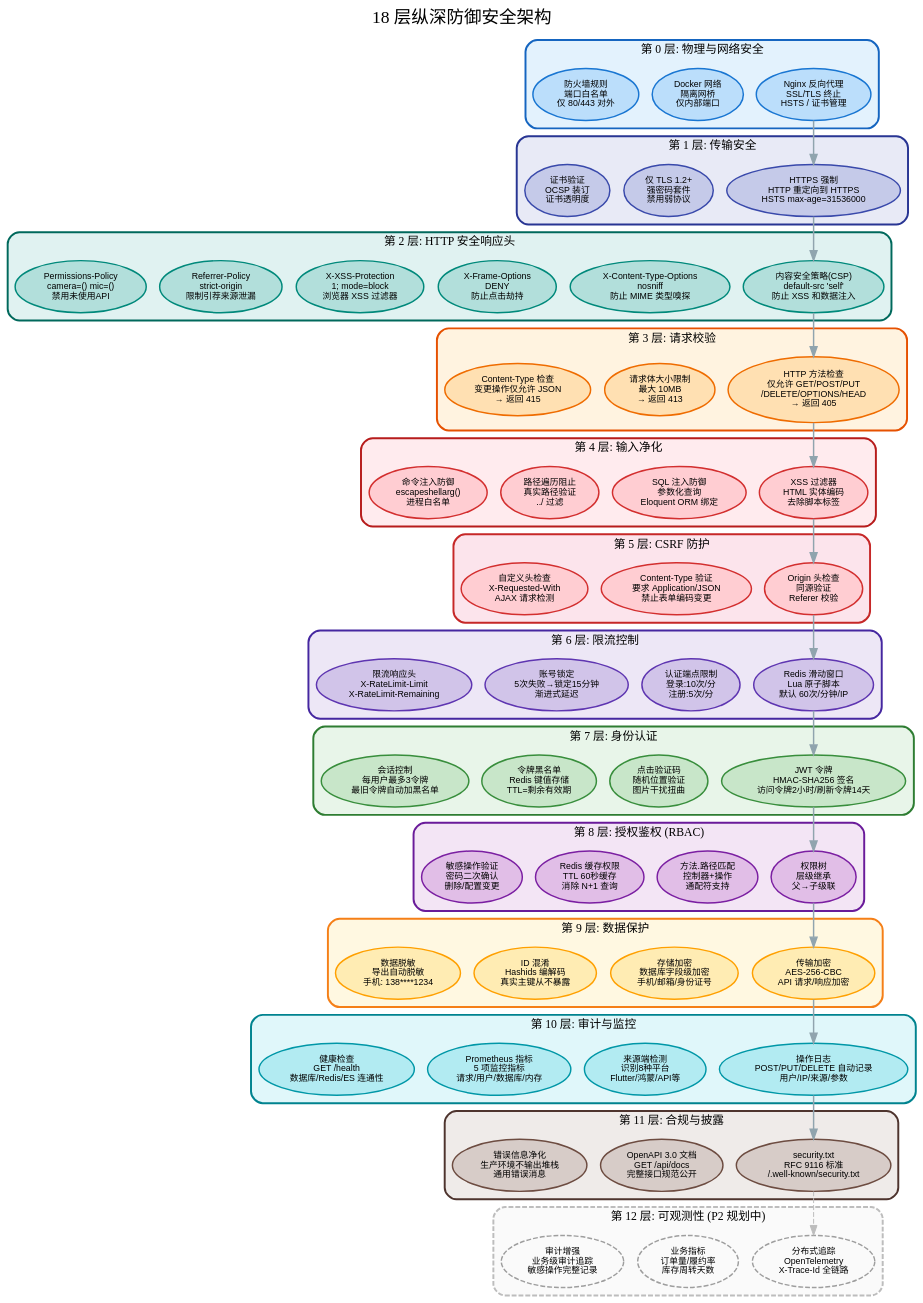
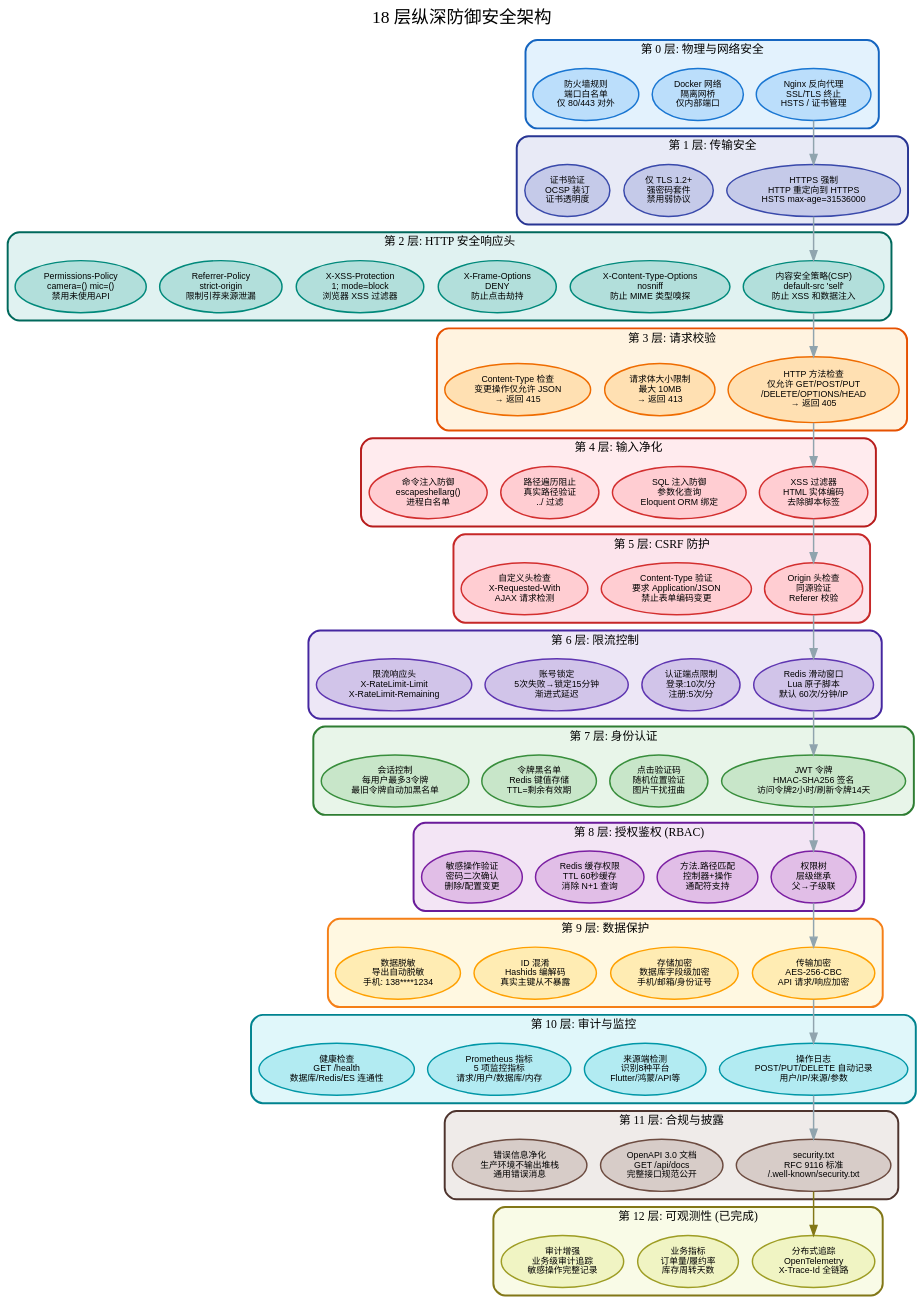
One commit to erikwang2013/erp-php changed the diagram in docs/diagrams/security-architecture-cn.dot. Above: the diagram before and after it, drawn with Graphviz. The commit also changed 88 other files, not shown here.

```diff
--- a/docs/diagrams/security-architecture-cn.dot
+++ b/docs/diagrams/security-architecture-cn.dot
@@ -1,156 +1,156 @@
 digraph SecurityArchitectureCN {
     rankdir=TB;
     fontname="Arial";
     fontsize=14;
     bgcolor="transparent";
     nodesep=0.2;
     ranksep=0.3;
     compound=true;
 
     node [fontname="Arial", fontsize=9, style="filled,rounded", penwidth=1.5];
 
     label="18 层纵深防御安全架构";
     fontsize=18;
     fontname="Arial Bold";
     labelloc="t";
 
     subgraph cluster_L0 {
         label="第 0 层: 物理与网络安全";
         fontsize=12; fontname="Arial Bold";
         style="filled,rounded"; fillcolor="#e3f2fd"; color="#1565c0"; penwidth=2;
         L0a [label="Nginx 反向代理\nSSL/TLS 终止\nHSTS / 证书管理", fillcolor="#bbdefb", color="#1976d2"];
         L0b [label="Docker 网络\n隔离网桥\n仅内部端口", fillcolor="#bbdefb", color="#1976d2"];
         L0c [label="防火墙规则\n端口白名单\n仅 80/443 对外", fillcolor="#bbdefb", color="#1976d2"];
     }
 
     subgraph cluster_L1 {
         label="第 1 层: 传输安全";
         fontsize=12; fontname="Arial Bold";
         style="filled,rounded"; fillcolor="#e8eaf6"; color="#283593"; penwidth=2;
         L1a [label="HTTPS 强制\nHTTP 重定向到 HTTPS\nHSTS max-age=31536000", fillcolor="#c5cae9", color="#3949ab"];
         L1b [label="仅 TLS 1.2+\n强密码套件\n禁用弱协议", fillcolor="#c5cae9", color="#3949ab"];
         L1c [label="证书验证\nOCSP 装订\n证书透明度", fillcolor="#c5cae9", color="#3949ab"];
     }
 
     subgraph cluster_L2 {
         label="第 2 层: HTTP 安全响应头";
         fontsize=12; fontname="Arial Bold";
         style="filled,rounded"; fillcolor="#e0f2f1"; color="#00695c"; penwidth=2;
         L2a [label="内容安全策略(CSP)\ndefault-src 'self'\n防止 XSS 和数据注入", fillcolor="#b2dfdb", color="#00897b"];
         L2b [label="X-Content-Type-Options\nnosniff\n防止 MIME 类型嗅探", fillcolor="#b2dfdb", color="#00897b"];
         L2c [label="X-Frame-Options\nDENY\n防止点击劫持", fillcolor="#b2dfdb", color="#00897b"];
         L2d [label="X-XSS-Protection\n1; mode=block\n浏览器 XSS 过滤器", fillcolor="#b2dfdb", color="#00897b"];
         L2e [label="Referrer-Policy\nstrict-origin\n限制引荐来源泄漏", fillcolor="#b2dfdb", color="#00897b"];
         L2f [label="Permissions-Policy\ncamera=() mic=()\n禁用未使用API", fillcolor="#b2dfdb", color="#00897b"];
     }
 
     subgraph cluster_L3 {
         label="第 3 层: 请求校验";
         fontsize=12; fontname="Arial Bold";
         style="filled,rounded"; fillcolor="#fff3e0"; color="#e65100"; penwidth=2;
         L3a [label="HTTP 方法检查\n仅允许 GET/POST/PUT\n/DELETE/OPTIONS/HEAD\n→ 返回 405", fillcolor="#ffe0b2", color="#ef6c00"];
         L3b [label="请求体大小限制\n最大 10MB\n→ 返回 413", fillcolor="#ffe0b2", color="#ef6c00"];
         L3c [label="Content-Type 检查\n变更操作仅允许 JSON\n→ 返回 415", fillcolor="#ffe0b2", color="#ef6c00"];
     }
 
     subgraph cluster_L4 {
         label="第 4 层: 输入净化";
         fontsize=12; fontname="Arial Bold";
         style="filled,rounded"; fillcolor="#ffebee"; color="#b71c1c"; penwidth=2;
         L4a [label="XSS 过滤器\nHTML 实体编码\n去除脚本标签", fillcolor="#ffcdd2", color="#d32f2f"];
         L4b [label="SQL 注入防御\n参数化查询\nEloquent ORM 绑定", fillcolor="#ffcdd2", color="#d32f2f"];
         L4c [label="路径遍历阻止\n真实路径验证\n../ 过滤", fillcolor="#ffcdd2", color="#d32f2f"];
         L4d [label="命令注入防御\nescapeshellarg()\n进程白名单", fillcolor="#ffcdd2", color="#d32f2f"];
     }
 
     subgraph cluster_L5 {
         label="第 5 层: CSRF 防护";
         fontsize=12; fontname="Arial Bold";
         style="filled,rounded"; fillcolor="#fce4ec"; color="#c62828"; penwidth=2;
         L5a [label="Origin 头检查\n同源验证\nReferer 校验", fillcolor="#ffcdd2", color="#d32f2f"];
         L5b [label="Content-Type 验证\n要求 Application/JSON\n禁止表单编码变更", fillcolor="#ffcdd2", color="#d32f2f"];
         L5c [label="自定义头检查\nX-Requested-With\nAJAX 请求检测", fillcolor="#ffcdd2", color="#d32f2f"];
     }
 
     subgraph cluster_L6 {
         label="第 6 层: 限流控制";
         fontsize=12; fontname="Arial Bold";
         style="filled,rounded"; fillcolor="#ede7f6"; color="#4527a0"; penwidth=2;
         L6a [label="Redis 滑动窗口\nLua 原子脚本\n默认 60次/分钟/IP", fillcolor="#d1c4e9", color="#5e35b1"];
         L6b [label="认证端点限制\n登录:10次/分\n注册:5次/分", fillcolor="#d1c4e9", color="#5e35b1"];
         L6c [label="账号锁定\n5次失败→锁定15分钟\n渐进式延迟", fillcolor="#d1c4e9", color="#5e35b1"];
         L6d [label="限流响应头\nX-RateLimit-Limit\nX-RateLimit-Remaining", fillcolor="#d1c4e9", color="#5e35b1"];
     }
 
     subgraph cluster_L7 {
         label="第 7 层: 身份认证";
         fontsize=12; fontname="Arial Bold";
         style="filled,rounded"; fillcolor="#e8f5e9"; color="#2e7d32"; penwidth=2;
         L7a [label="JWT 令牌\nHMAC-SHA256 签名\n访问令牌2小时/刷新令牌14天", fillcolor="#c8e6c9", color="#388e3c"];
         L7b [label="点击验证码\n随机位置验证\n图片干扰扭曲", fillcolor="#c8e6c9", color="#388e3c"];
         L7c [label="令牌黑名单\nRedis 键值存储\nTTL=剩余有效期", fillcolor="#c8e6c9", color="#388e3c"];
         L7d [label="会话控制\n每用户最多3令牌\n最旧令牌自动加黑名单", fillcolor="#c8e6c9", color="#388e3c"];
     }
 
     subgraph cluster_L8 {
         label="第 8 层: 授权鉴权 (RBAC)";
         fontsize=12; fontname="Arial Bold";
         style="filled,rounded"; fillcolor="#f3e5f5"; color="#6a1b9a"; penwidth=2;
         L8a [label="权限树\n层级继承\n父→子级联", fillcolor="#e1bee7", color="#7b1fa2"];
         L8b [label="方法.路径匹配\n控制器+操作\n通配符支持", fillcolor="#e1bee7", color="#7b1fa2"];
         L8c [label="Redis 缓存权限\nTTL 60秒缓存\n消除 N+1 查询", fillcolor="#e1bee7", color="#7b1fa2"];
         L8d [label="敏感操作验证\n密码二次确认\n删除/配置变更", fillcolor="#e1bee7", color="#7b1fa2"];
     }
 
     subgraph cluster_L9 {
         label="第 9 层: 数据保护";
         fontsize=12; fontname="Arial Bold";
         style="filled,rounded"; fillcolor="#fff8e1"; color="#f57f17"; penwidth=2;
         L9a [label="传输加密\nAES-256-CBC\nAPI 请求/响应加密", fillcolor="#ffecb3", color="#ffa000"];
         L9b [label="存储加密\n数据库字段级加密\n手机/邮箱/身份证号", fillcolor="#ffecb3", color="#ffa000"];
         L9c [label="ID 混淆\nHashids 编解码\n真实主键从不暴露", fillcolor="#ffecb3", color="#ffa000"];
         L9d [label="数据脱敏\n导出自动脱敏\n手机: 138****1234", fillcolor="#ffecb3", color="#ffa000"];
     }
 
     subgraph cluster_L10 {
         label="第 10 层: 审计与监控";
         fontsize=12; fontname="Arial Bold";
         style="filled,rounded"; fillcolor="#e0f7fa"; color="#00838f"; penwidth=2;
         L10a [label="操作日志\nPOST/PUT/DELETE 自动记录\n用户/IP/来源/参数", fillcolor="#b2ebf2", color="#0097a7"];
         L10b [label="来源端检测\n识别8种平台\nFlutter/鸿蒙/API等", fillcolor="#b2ebf2", color="#0097a7"];
         L10c [label="Prometheus 指标\n5 项监控指标\n请求/用户/数据库/内存", fillcolor="#b2ebf2", color="#0097a7"];
         L10d [label="健康检查\nGET /health\n数据库/Redis/ES 连通性", fillcolor="#b2ebf2", color="#0097a7"];
     }
 
     subgraph cluster_L11 {
         label="第 11 层: 合规与披露";
         fontsize=12; fontname="Arial Bold";
         style="filled,rounded"; fillcolor="#efebe9"; color="#4e342e"; penwidth=2;
         L11a [label="security.txt\nRFC 9116 标准\n/.well-known/security.txt", fillcolor="#d7ccc8", color="#6d4c41"];
         L11b [label="OpenAPI 3.0 文档\nGET /api/docs\n完整接口规范公开", fillcolor="#d7ccc8", color="#6d4c41"];
         L11c [label="错误信息净化\n生产环境不输出堆栈\n通用错误消息", fillcolor="#d7ccc8", color="#6d4c41"];
     }
 
     L0a -> L1a [color="#90a4ae", penwidth=1.5];
     L1a -> L2a [color="#90a4ae", penwidth=1.5];
     L2a -> L3a [color="#90a4ae", penwidth=1.5];
     L3a -> L4a [color="#90a4ae", penwidth=1.5];
     L4a -> L5a [color="#90a4ae", penwidth=1.5];
     L5a -> L6a [color="#90a4ae", penwidth=1.5];
     L6a -> L7a [color="#90a4ae", penwidth=1.5];
     L7a -> L8a [color="#90a4ae", penwidth=1.5];
     L8a -> L9a [color="#90a4ae", penwidth=1.5];
     L9a -> L10a [color="#90a4ae", penwidth=1.5];
     L10a -> L11a [color="#90a4ae", penwidth=1.5];
 
     subgraph cluster_L12 {
-        label="第 12 层: 可观测性 (P2 规划中)";
+        label="第 12 层: 可观测性 (已完成)";
         fontsize=12; fontname="Arial Bold";
-        style="filled,rounded,dashed"; fillcolor="#fafafa"; color="#bdbdbd"; penwidth=2;
-        L12a [label="分布式追踪\nOpenTelemetry\nX-Trace-Id 全链路", fillcolor="#e0e0e0", color="#9e9e9e", style="dashed"];
-        L12b [label="业务指标\n订单量/履约率\n库存周转天数", fillcolor="#e0e0e0", color="#9e9e9e", style="dashed"];
-        L12c [label="审计增强\n业务级审计追踪\n敏感操作完整记录", fillcolor="#e0e0e0", color="#9e9e9e", style="dashed"];
+        style="filled,rounded"; fillcolor="#f9fbe7"; color="#827717"; penwidth=2;
+        L12a [label="分布式追踪\nOpenTelemetry\nX-Trace-Id 全链路", fillcolor="#f0f4c3", color="#9e9d24"];
+        L12b [label="业务指标\n订单量/履约率\n库存周转天数", fillcolor="#f0f4c3", color="#9e9d24"];
+        L12c [label="审计增强\n业务级审计追踪\n敏感操作完整记录", fillcolor="#f0f4c3", color="#9e9d24"];
     }
 
-    L11a -> L12a [color="#bdbdbd", penwidth=1, style="dashed"];
+    L11a -> L12a [color="#827717", penwidth=1.5];
 }
```
